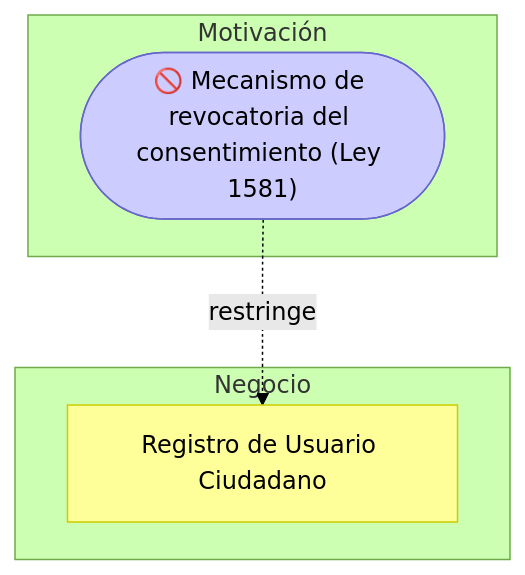
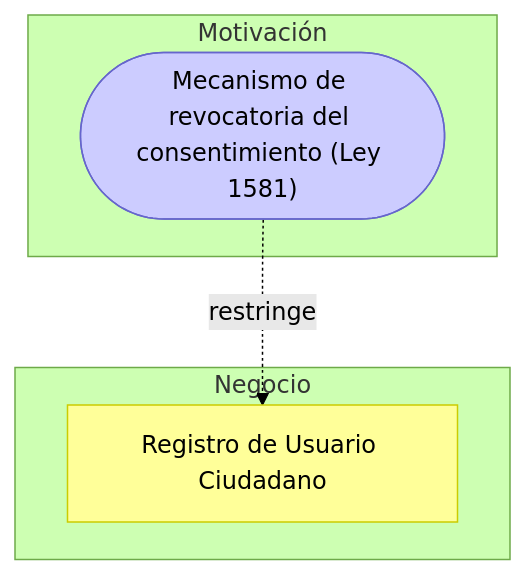
Before and after one commit to Esteban7108/AREM-Taller_6_Normatividad: the diagram in clase/guia_paso_a_paso_normatividad.md, drawn with Mermaid (forest theme). The commit also changed other lines of this file and 4 other files, not shown here.

````diff
--- a/clase/guia_paso_a_paso_normatividad.md
+++ b/clase/guia_paso_a_paso_normatividad.md
@@ -124,16 +124,16 @@
 ```mermaid
 flowchart TD
     subgraph motivacion["Motivación"]
-        constraint(["🚫 Mecanismo de revocatoria del consentimiento (Ley 1581)"])
+        constraint(["Mecanismo de revocatoria del consentimiento (Ley 1581)"])
     end
     subgraph negocio["Negocio"]
         tramite["Registro de Usuario Ciudadano"]
     end
 
     constraint -.->|"restringe"| tramite
 
     classDef motivacion fill:#ccccff,color:#000,stroke:#6666cc;
     classDef negocio fill:#ffff99,color:#000,stroke:#cccc00;
     class constraint motivacion
     class tramite negocio
 ```
````
